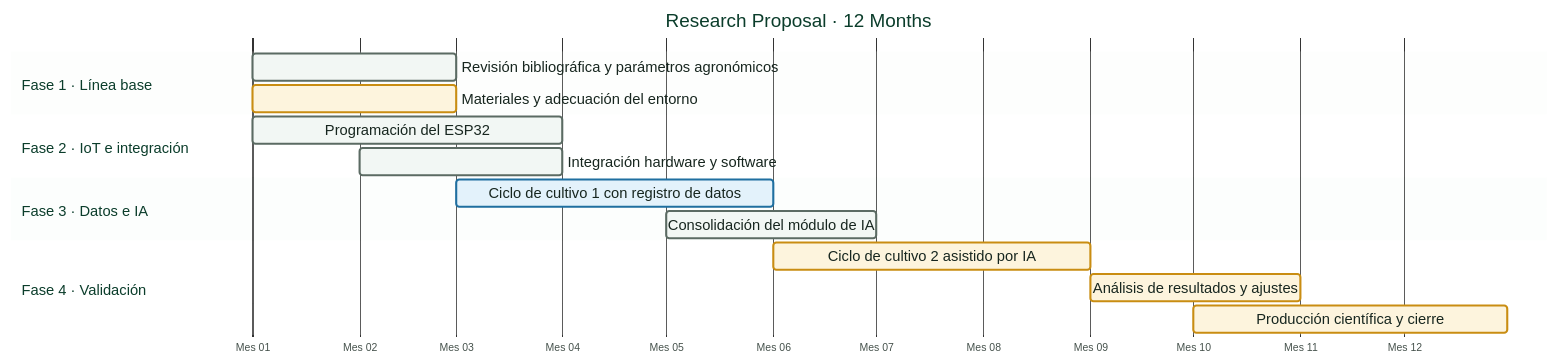
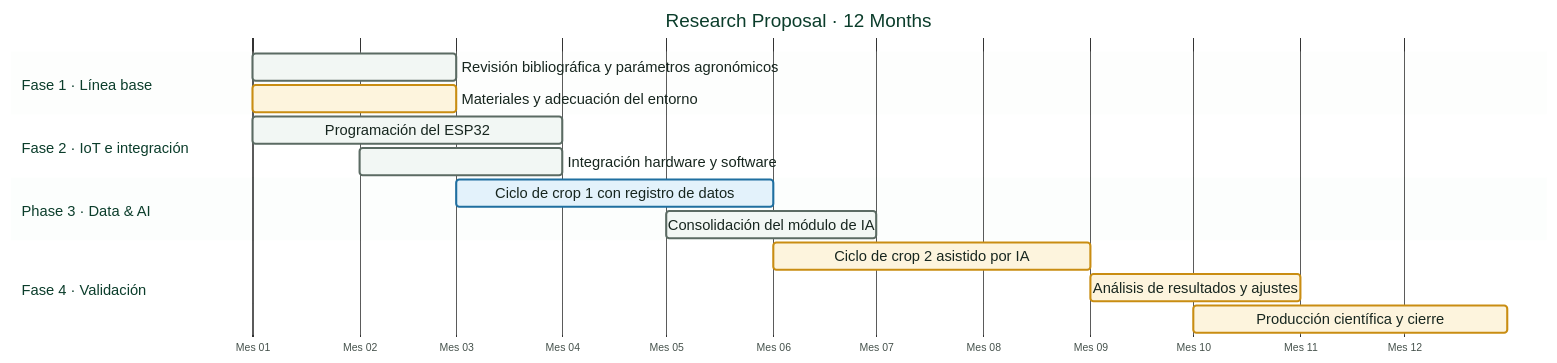
One commit to SmartPotTech/.github changed the diagram in docs/diagrams/SmartPot_45_Research_Schedule.mmd. Above: the diagram before and after it, drawn with Mermaid. The commit also changed 78 other files, not shown here.

Commit message:
docs(architecture): update and standardize architecture diagrams via archify [skip deploy] #no-deploy

```diff
--- a/docs/diagrams/SmartPot_45_Research_Schedule.mmd
+++ b/docs/diagrams/SmartPot_45_Research_Schedule.mmd
@@ -1,19 +1,19 @@
 %%{init: {"theme": "base", "fontFamily": "Segoe UI, Arial, sans-serif", "themeVariables": {"fontFamily": "Segoe UI, Arial, sans-serif", "fontSize": "15px", "primaryColor": "#DDF5EA", "primaryTextColor": "#17261F", "primaryBorderColor": "#067A52", "secondaryColor": "#E3F2FB", "secondaryTextColor": "#17261F", "secondaryBorderColor": "#1F6FA0", "tertiaryColor": "#F2F7F4", "tertiaryTextColor": "#17261F", "tertiaryBorderColor": "#D5E3DC", "lineColor": "#5B6B63", "textColor": "#17261F", "mainBkg": "#DDF5EA", "nodeBorder": "#067A52", "clusterBkg": "#F7FAF8", "clusterBorder": "#D5E3DC", "edgeLabelBackground": "#FFFFFF", "actorBkg": "#067A52", "actorBorder": "#0B3D2B", "actorTextColor": "#FFFFFF", "actorLineColor": "#5B6B63", "signalColor": "#17261F", "signalTextColor": "#17261F", "labelBoxBkgColor": "#0B3D2B", "labelBoxBorderColor": "#0B3D2B", "labelTextColor": "#FFFFFF", "loopTextColor": "#0B3D2B", "noteBkgColor": "#FDF4DD", "noteBorderColor": "#C98D12", "noteTextColor": "#17261F", "activationBkgColor": "#DDF5EA", "activationBorderColor": "#067A52", "attributeBackgroundColorOdd": "#FFFFFF", "attributeBackgroundColorEven": "#F2F7F4", "taskBkgColor": "#DDF5EA", "taskBorderColor": "#067A52", "taskTextColor": "#17261F", "taskTextDarkColor": "#17261F", "taskTextLightColor": "#17261F", "taskTextOutsideColor": "#17261F", "activeTaskBkgColor": "#E3F2FB", "activeTaskBorderColor": "#1F6FA0", "critBkgColor": "#FDF4DD", "critBorderColor": "#C98D12", "doneTaskBkgColor": "#F2F7F4", "doneTaskBorderColor": "#5B6B63", "sectionBkgColor": "#F2F7F4", "altSectionBkgColor": "#FFFFFF", "sectionBkgColor2": "#EEFAF4", "gridColor": "#D5E3DC", "todayLineColor": "#D64545", "titleColor": "#0B3D2B"}, "gantt": {"barHeight": 26, "fontSize": 14, "sectionFontSize": 14, "leftPadding": 230, "useWidth": 1500}}}%%
 gantt
   title Research Proposal · 12 Months
   dateFormat YYYY-MM-DD
   axisFormat Mes %m
   tickInterval 1month
   section Fase 1 · Línea base
   Revisión bibliográfica y parámetros agronómicos :done, r1, 2027-01-01, 2027-03-01
   Materiales y adecuación del entorno :crit, r2, 2027-01-01, 2027-03-01
   section Fase 2 · IoT e integración
   Programación del ESP32 :done, r3, 2027-01-01, 2027-04-01
   Integración hardware y software :done, r4, 2027-02-01, 2027-04-01
-  section Fase 3 · Datos e IA
-  Ciclo de cultivo 1 con registro de datos :active, r5, 2027-03-01, 2027-06-01
+  section Phase 3 · Data & AI
+  Ciclo de crop 1 con registro de datos :active, r5, 2027-03-01, 2027-06-01
   Consolidación del módulo de IA :done, r6, 2027-05-01, 2027-07-01
   section Fase 4 · Validación
-  Ciclo de cultivo 2 asistido por IA :crit, r7, 2027-06-01, 2027-09-01
+  Ciclo de crop 2 asistido por IA :crit, r7, 2027-06-01, 2027-09-01
   Análisis de resultados y ajustes :crit, r8, 2027-09-01, 2027-11-01
   Producción científica y cierre :crit, r9, 2027-10-01, 2027-12-31
```
